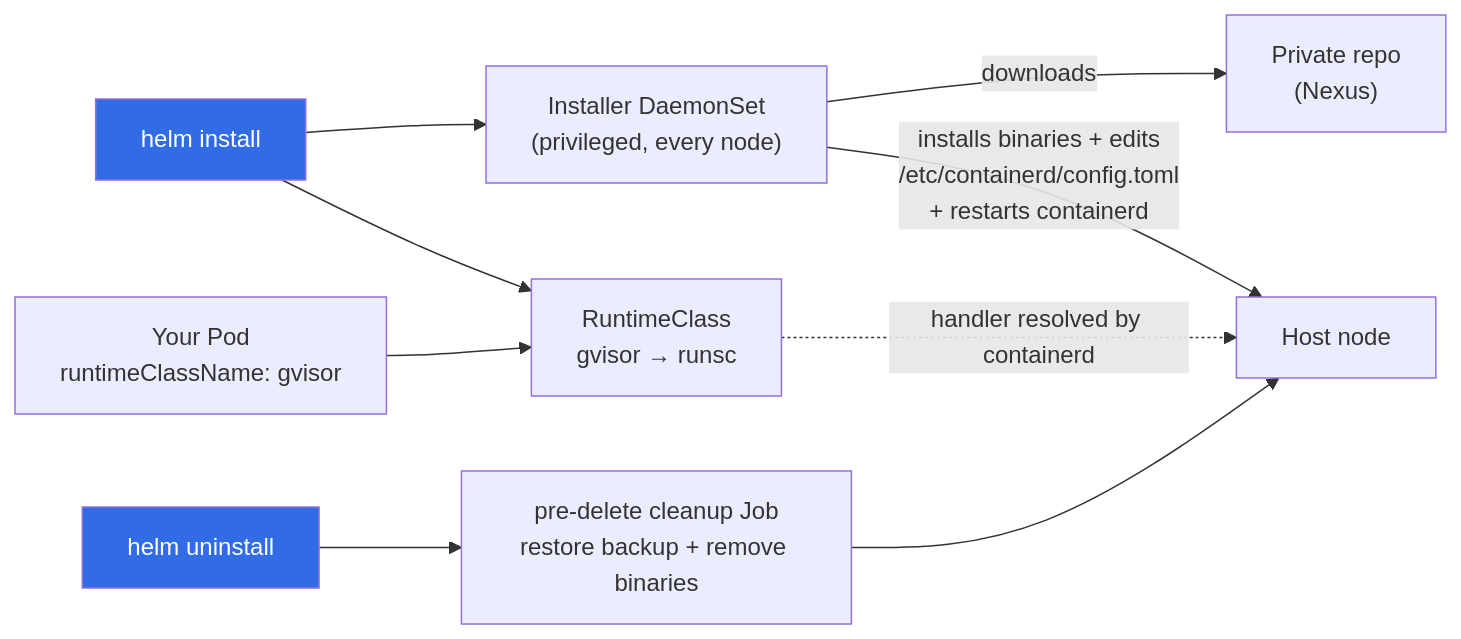
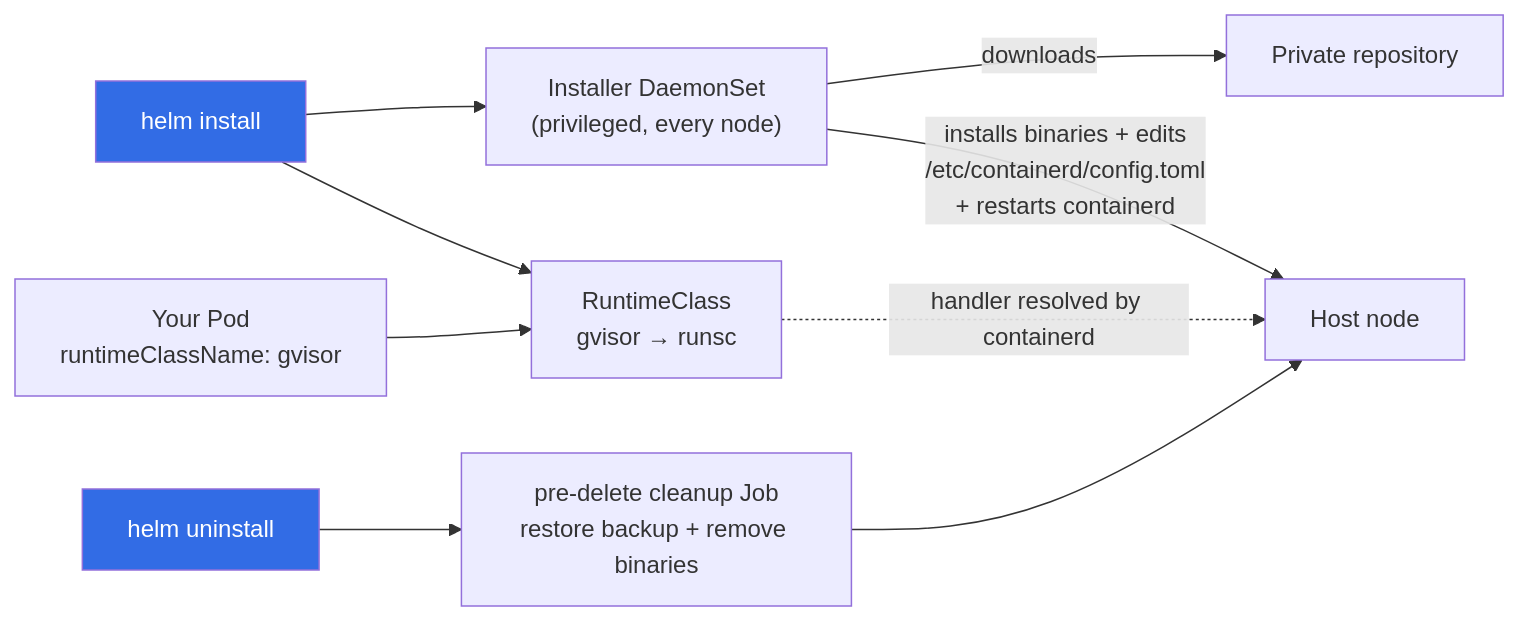
The first of 2 diagrams in docs/README.md (auggie246/gvisor-helm-chart), drawn with Mermaid before and after one commit. The commit also changed other lines of this file and 8 other files, not shown here.

````diff
--- a/docs/README.md
+++ b/docs/README.md
@@ -17,14 +17,14 @@
 ```mermaid
 flowchart LR
     H["helm install"] --> DS["Installer DaemonSet<br/>(privileged, every node)"]
-    DS -->|downloads| NX["Private repo<br/>(Nexus)"]
+   DS -->|downloads| PR["Private repository"]
     DS -->|installs binaries + edits<br/>/etc/containerd/config.toml<br/>+ restarts containerd| HOST["Host node"]
     H --> RC["RuntimeClass<br/>gvisor → runsc"]
     POD["Your Pod<br/>runtimeClassName: gvisor"] --> RC
     RC -.->|handler resolved by containerd| HOST
     HU["helm uninstall"] --> CJ["pre-delete cleanup Job<br/>restore backup + remove binaries"]
     CJ --> HOST
 
     classDef helm fill:#326ce5,color:#fff;
     class H,HU helm;
 ```
````
